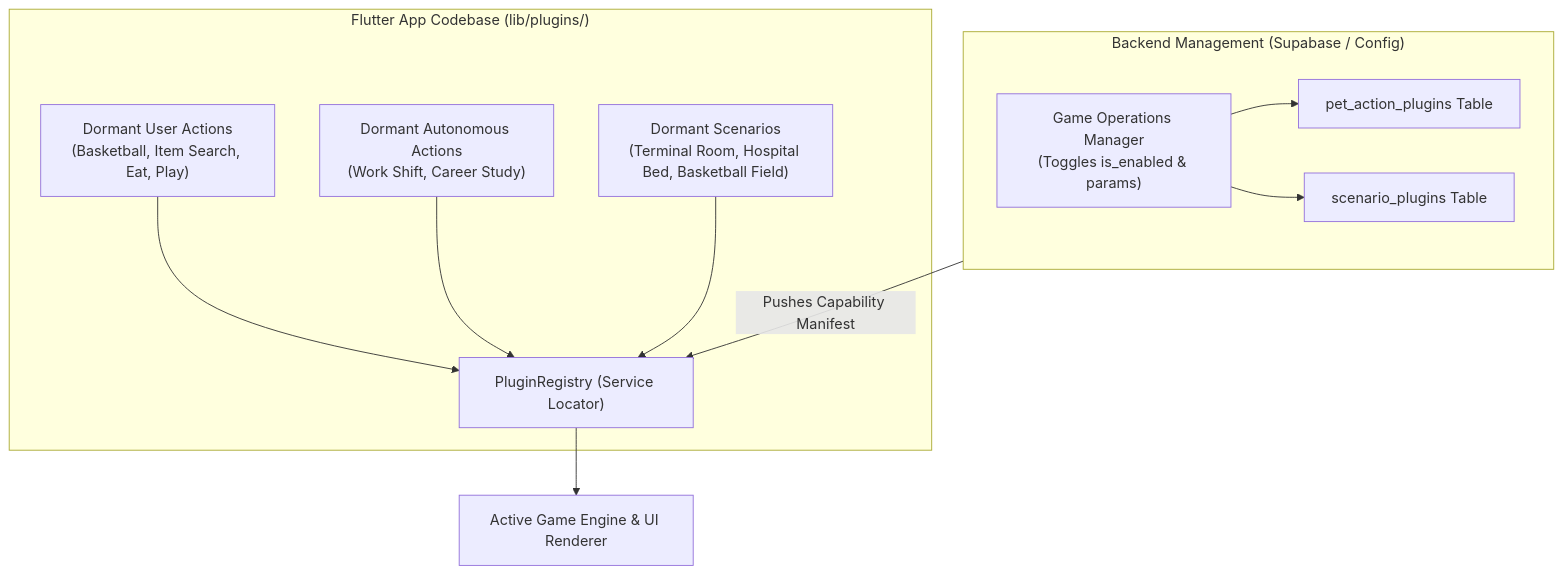
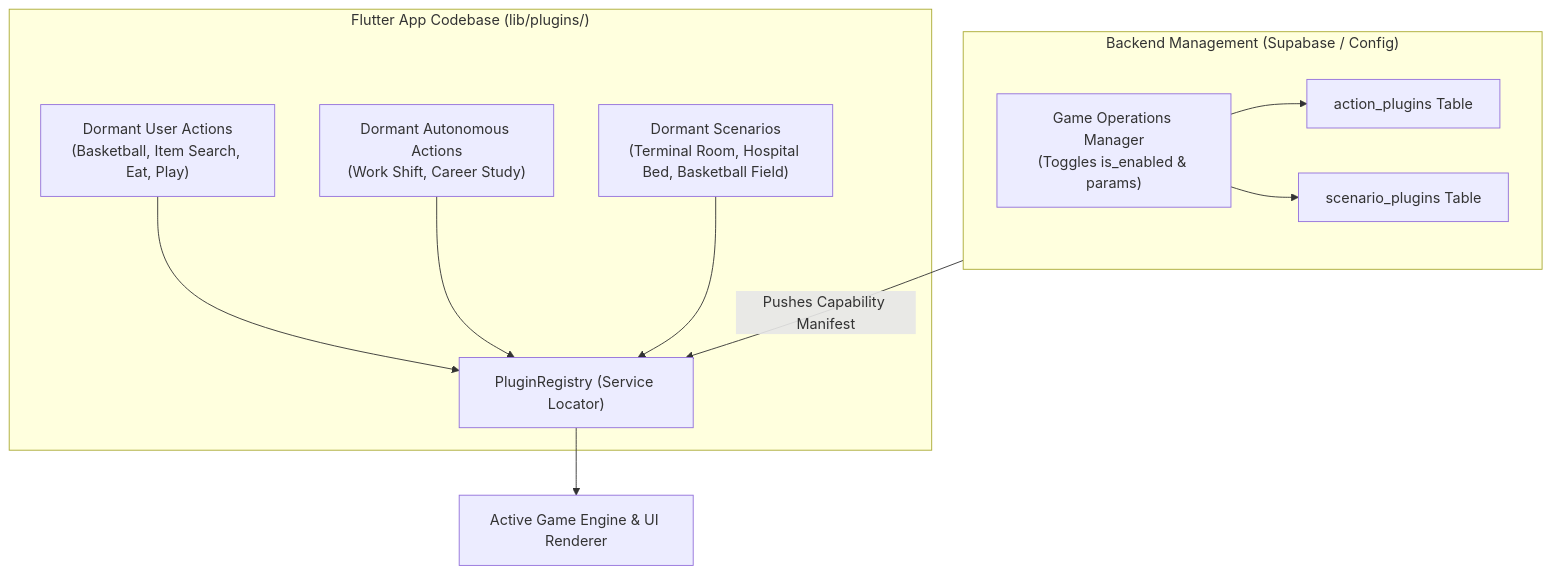
One commit to TheMrCorvy/HATCH.REF changed the diagram in Documentation/Plugins/01-plugin-architecture-overview.md. Above: the diagram before and after it, drawn with Mermaid. The commit also changed 11 other files, not shown here.

````diff
--- a/Documentation/Plugins/01-plugin-architecture-overview.md
+++ b/Documentation/Plugins/01-plugin-architecture-overview.md
@@ -17,23 +17,23 @@
 ```mermaid
 flowchart TD
     subgraph Codebase["Flutter App Codebase (lib/plugins/)"]
         DormantActions["Dormant User Actions\n(Basketball, Item Search, Eat, Play)"]
         DormantAuto["Dormant Autonomous Actions\n(Work Shift, Career Study)"]
         DormantScenarios["Dormant Scenarios\n(Terminal Room, Hospital Bed, Basketball Field)"]
         Registry["PluginRegistry (Service Locator)"]
         DormantActions --> Registry
         DormantAuto --> Registry
         DormantScenarios --> Registry
     end
 
     subgraph Backend["Backend Management (Supabase / Config)"]
-        ActionTable["pet_action_plugins Table"]
+        ActionTable["action_plugins Table"]
         ScenarioTable["scenario_plugins Table"]
         Manager["Game Operations Manager\n(Toggles is_enabled & params)"]
         Manager --> ActionTable
         Manager --> ScenarioTable
     end
 
     Backend -->|Pushes Capability Manifest| Registry
     Registry --> ActiveEngine["Active Game Engine & UI Renderer"]
 ```
````
